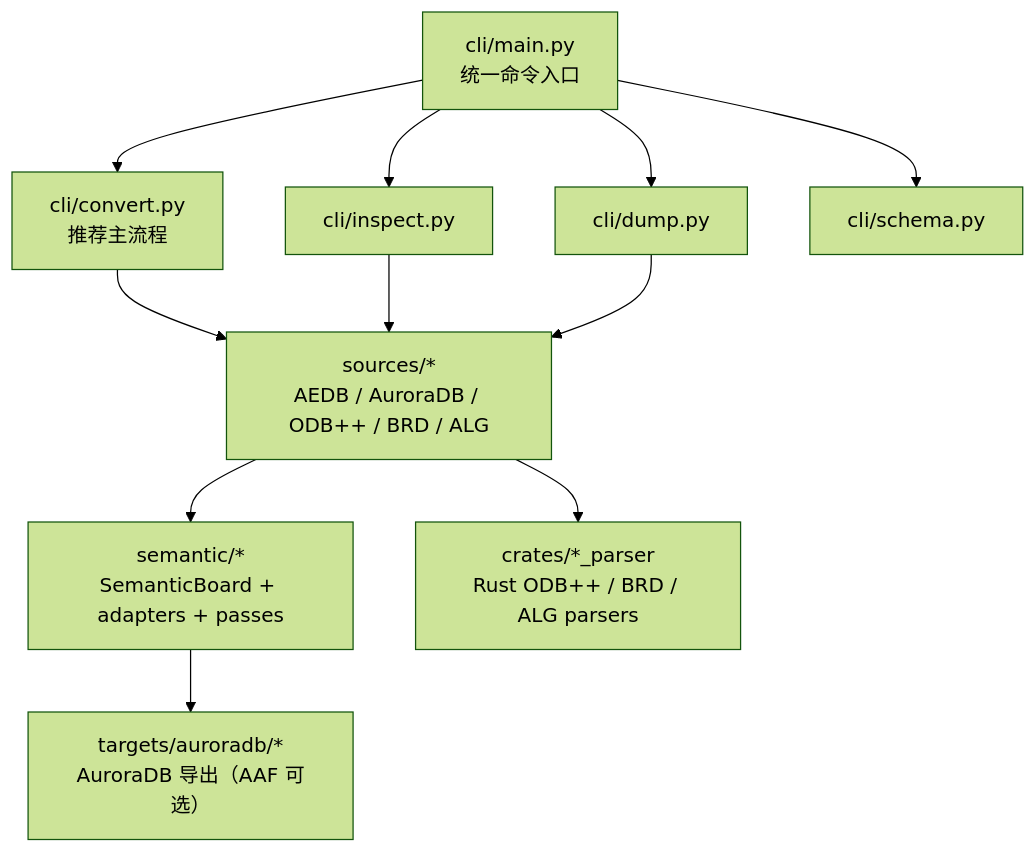
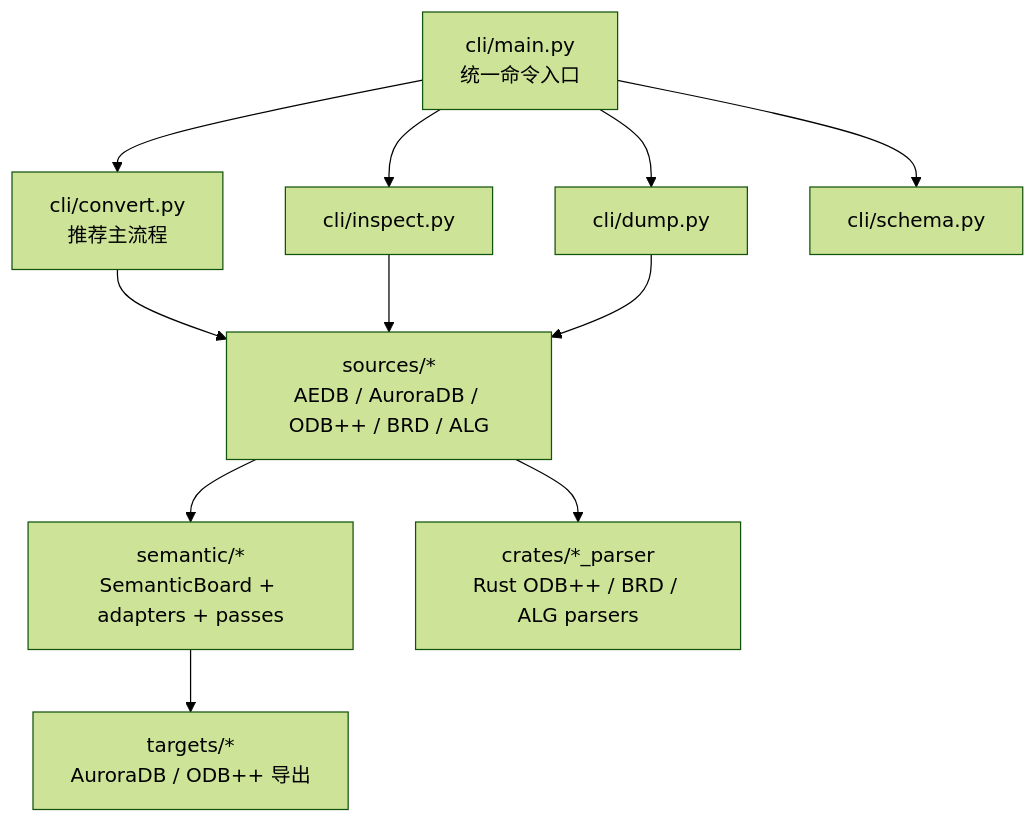
The first of 14 diagrams in docs/architecture.md (HaiwenZhang/ZenPCBParser), drawn with Mermaid (forest theme) before and after one commit. The commit also changed other lines of this file and 47 other files, not shown here.

Commit message:
Add ODB++ exporter and align Allegro AuroraDB output

````diff
--- a/docs/architecture.md
+++ b/docs/architecture.md
@@ -38,23 +38,23 @@
 ```mermaid
 flowchart TD
     cli["cli/main.py<br/>统一命令入口"]
     convert["cli/convert.py<br/>推荐主流程"]
     inspect["cli/inspect.py"]
     dump["cli/dump.py"]
     schema["cli/schema.py"]
 
     sources["sources/*<br/>AEDB / AuroraDB / ODB++ / BRD / ALG"]
     semantic["semantic/*<br/>SemanticBoard + adapters + passes"]
-    targets["targets/auroradb/*<br/>AuroraDB 导出（AAF 可选）"]
+    targets["targets/*<br/>AuroraDB / ODB++ 导出"]
     rust["crates/*_parser<br/>Rust ODB++ / BRD / ALG parsers"]
 
     cli --> convert
     cli --> inspect
     cli --> dump
     cli --> schema
     convert --> sources
     inspect --> sources
     dump --> sources
     sources --> rust
     sources --> semantic --> targets
 ```
````
